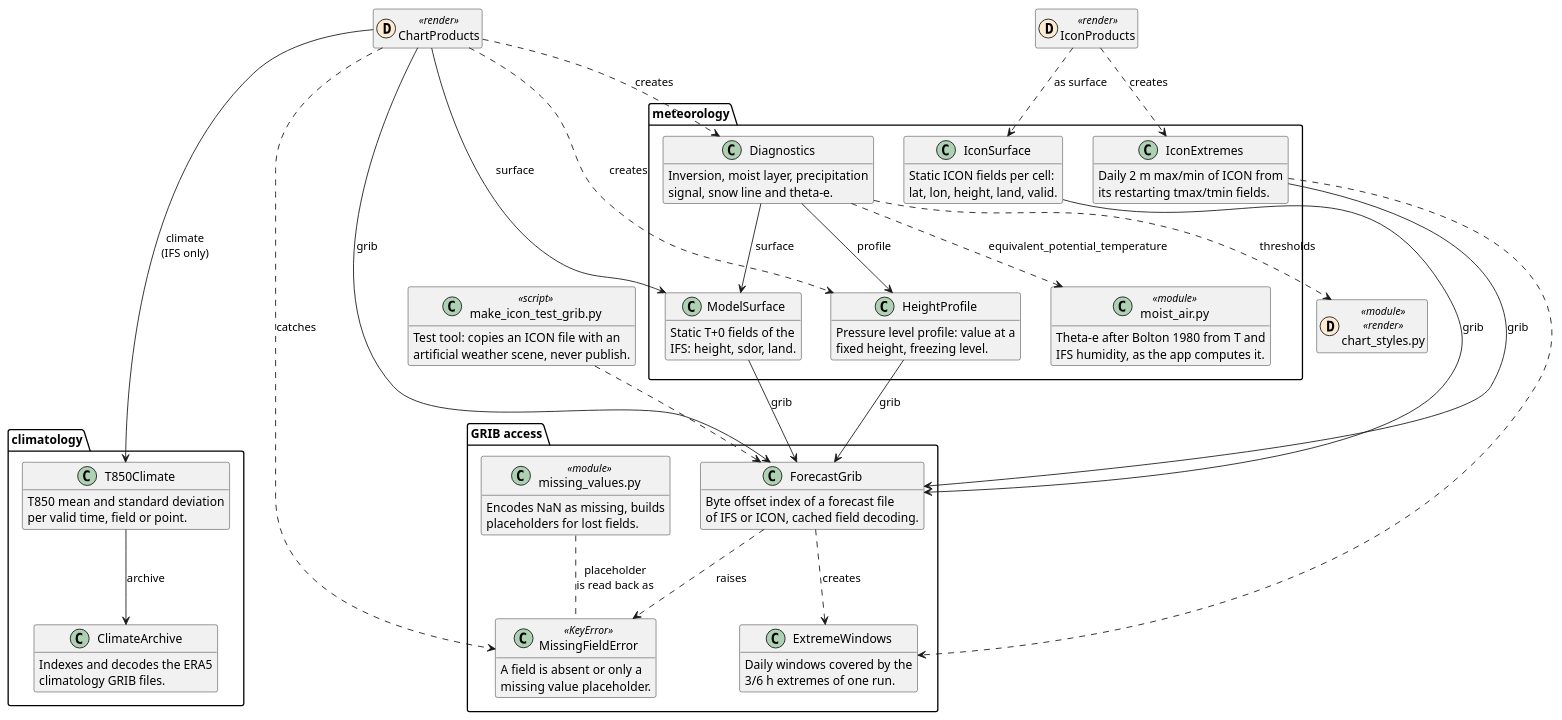
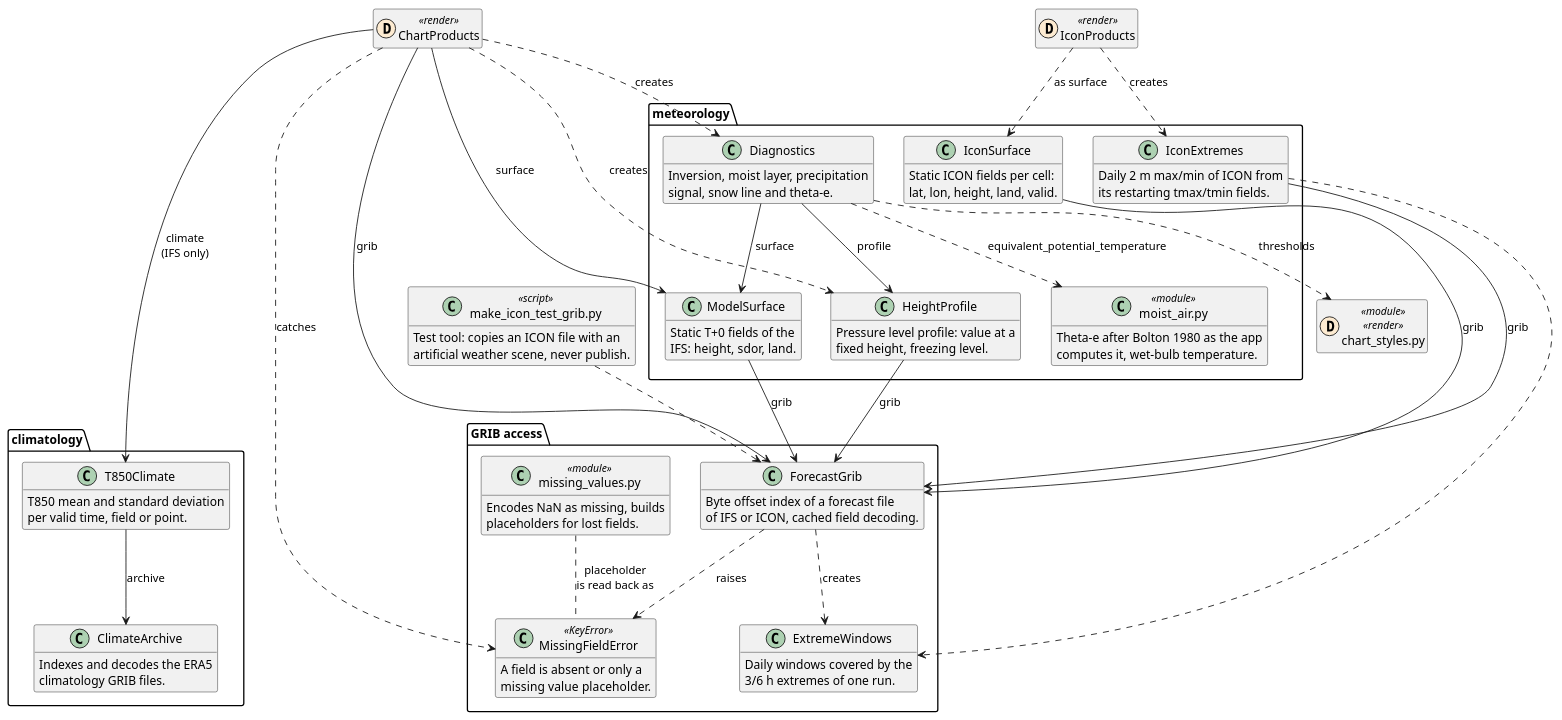
Before and after one commit to schletz/wetterkartenviewer: the fourth of 5 diagrams in REFERENCE.scripts.md, drawn with PlantUML. The commit also changed other lines of this file and 25 other files, not shown here.

First line of the commit message:
Add 2 m dew point and wet-bulb temperature

```diff
--- a/REFERENCE.scripts.md
+++ b/REFERENCE.scripts.md
@@ -358,8 +366,8 @@
  signal, snow line and theta-e.
  }
  class "moist_air.py" as moist_air <<module>> {
- Theta-e after Bolton 1980 from T and
- IFS humidity, as the app computes it.
+ Theta-e after Bolton 1980 as the app
+ computes it, wet-bulb temperature.
  }
  class IconExtremes {
  Daily 2 m max/min of ICON from
```
